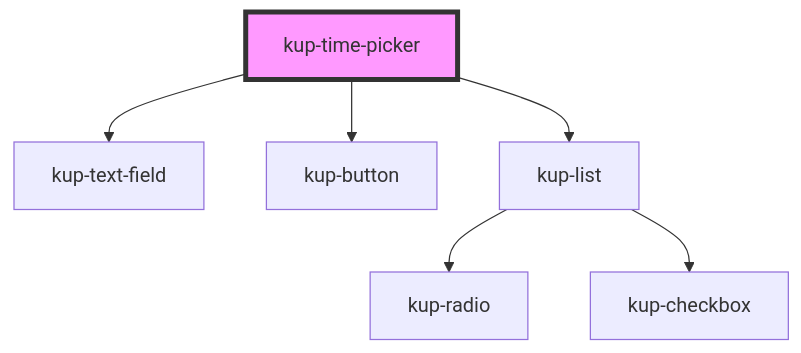
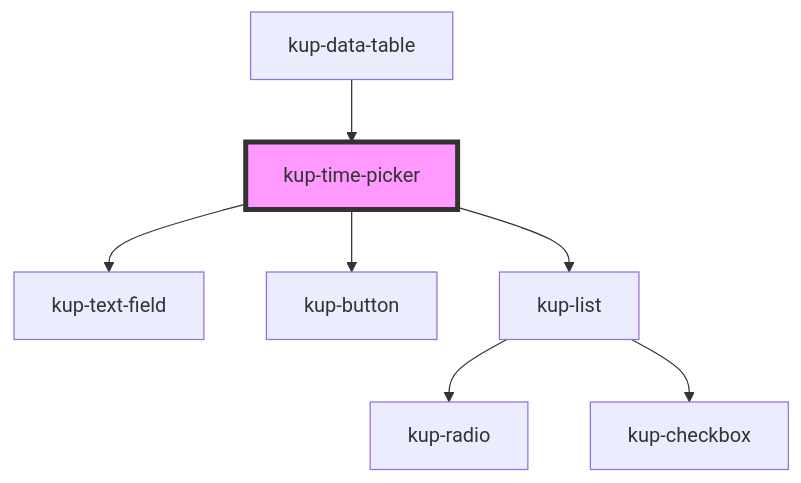
One commit to smeup/ketchup changed the diagram in packages/ketchup/src/components/kup-time-picker/readme.md. Above: the diagram before and after it, drawn with Mermaid. The commit also changed other lines of this file and 12 other files, not shown here.

````diff
--- a/packages/ketchup/src/components/kup-time-picker/readme.md
+++ b/packages/ketchup/src/components/kup-time-picker/readme.md
@@ -85,9 +90,10 @@
 ```mermaid
 graph TD;
   kup-time-picker --> kup-text-field
   kup-time-picker --> kup-button
   kup-time-picker --> kup-list
   kup-list --> kup-radio
   kup-list --> kup-checkbox
+  kup-data-table --> kup-time-picker
   style kup-time-picker fill:#f9f,stroke:#333,stroke-width:4px
 ```
````
